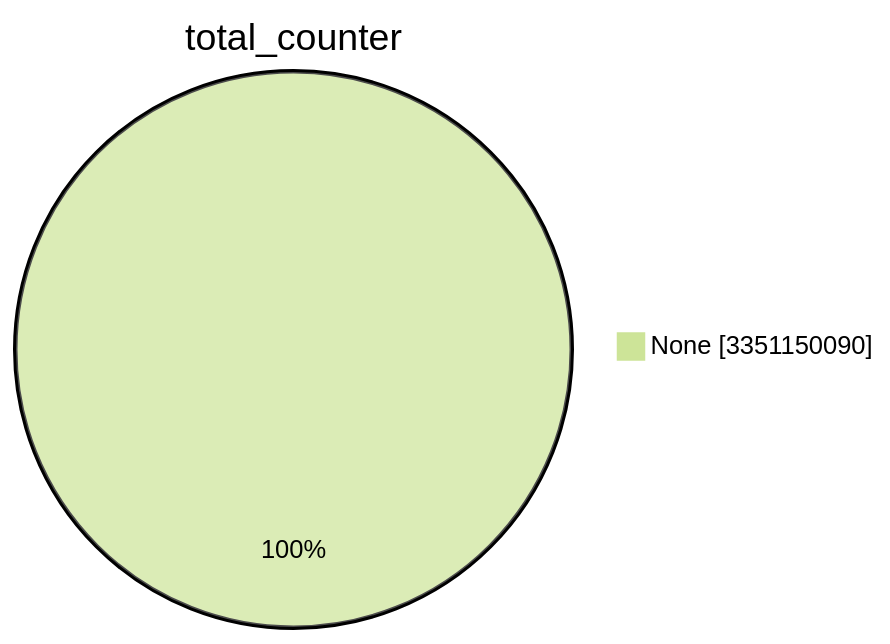
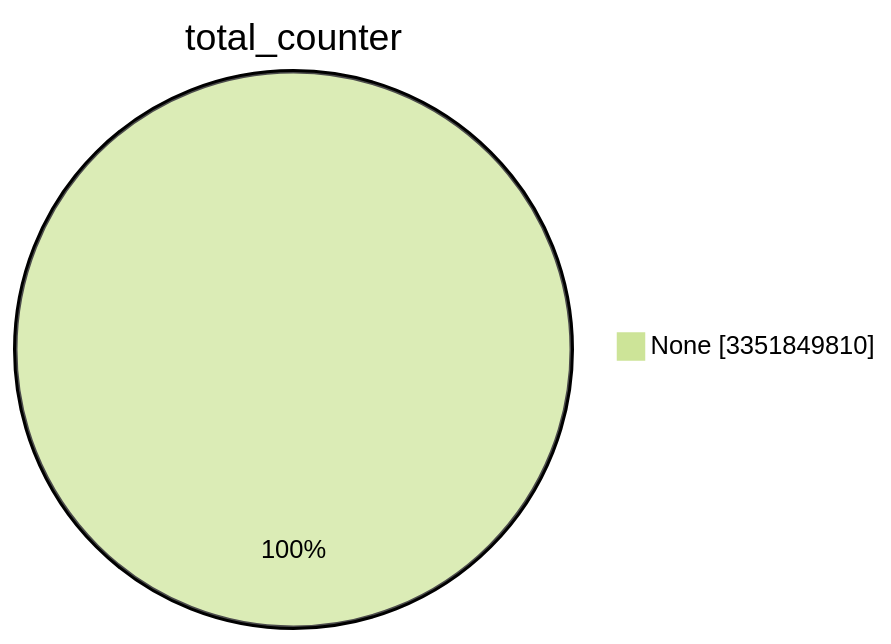
Before and after one commit to christiankrug/ctmonitor_visualization: the first of 15 diagrams in TOTAL/README.md, drawn with Mermaid (forest theme). The commit also changed other lines of this file, not shown here.

````diff
--- a/TOTAL/README.md
+++ b/TOTAL/README.md
@@ -1,5 +1,5 @@
 ```mermaid
 pie showData
 title total_counter
-"None" :3351150090
+"None" :3351849810
 ```
````
